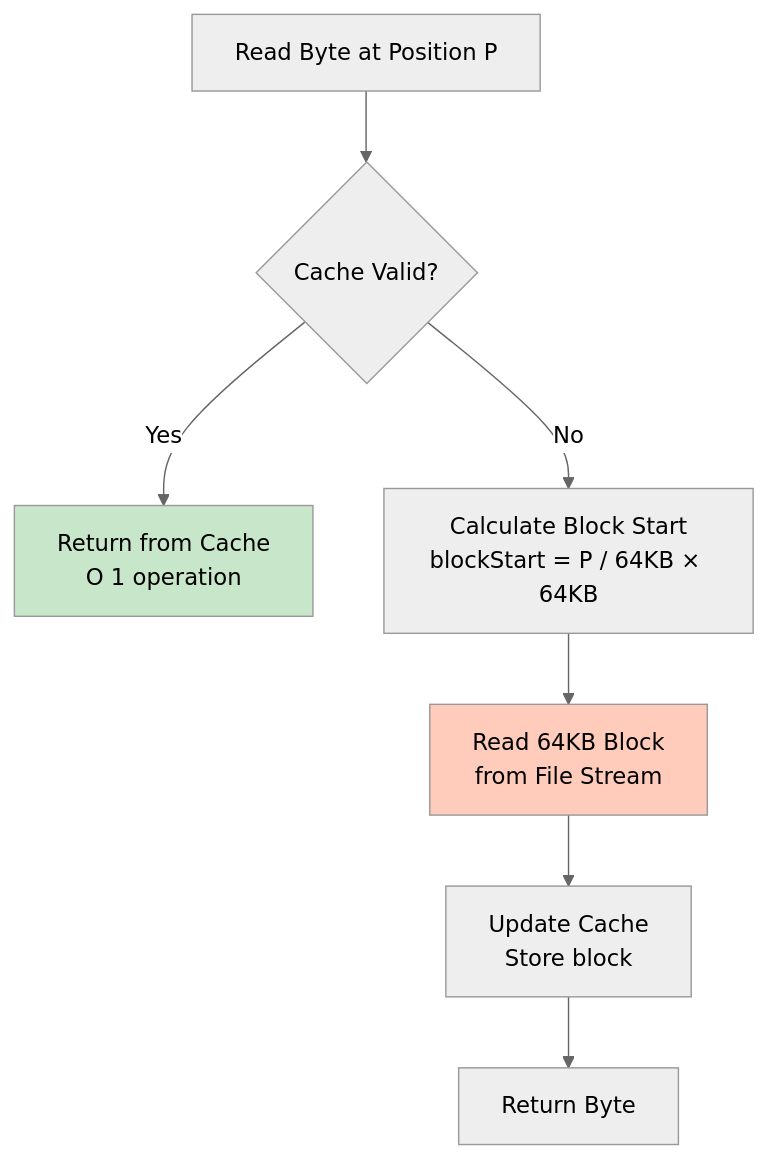
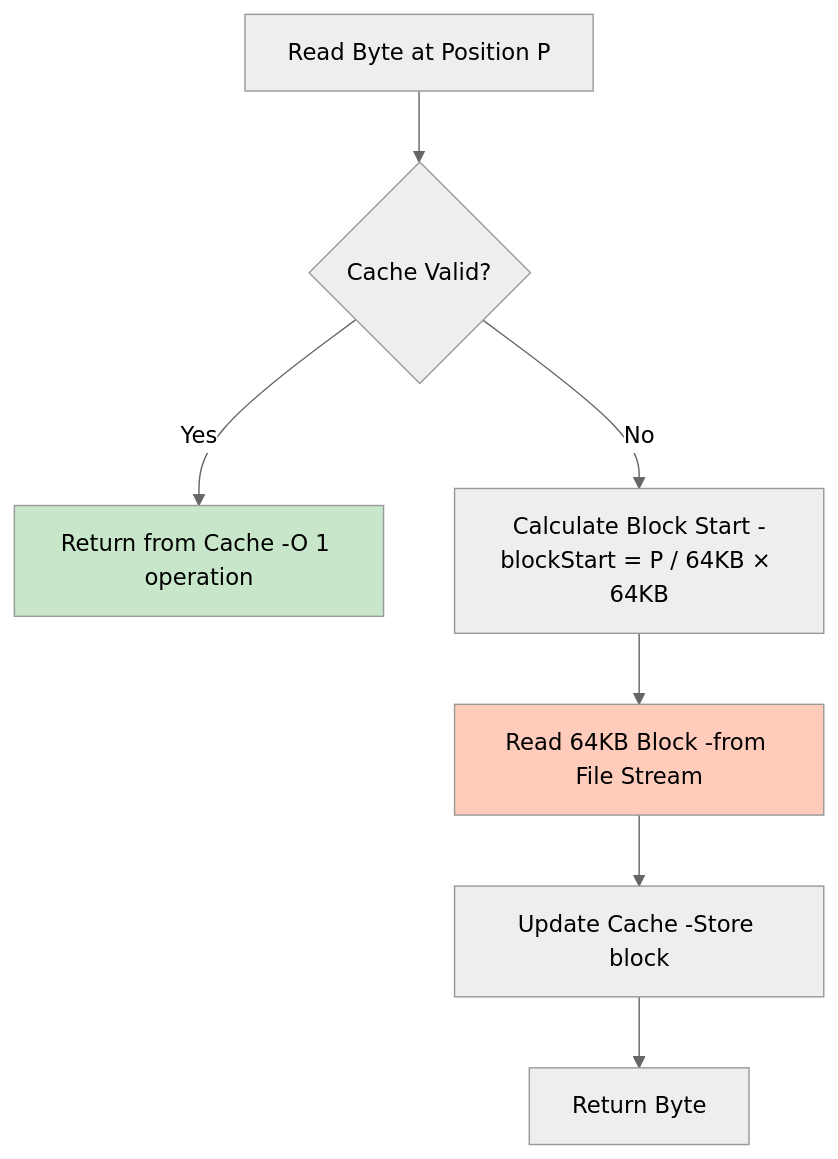
Before and after one commit to myd7349/WpfHexEditorControl: the seventh of 24 diagrams in ARCHITECTURE_V2.md, drawn with Mermaid (neutral theme). The commit also changed other lines of this file, not shown here.

First line of the commit message:
Fix all remaining Mermaid diagram br tags for GitHub compatibility

````diff
--- a/ARCHITECTURE_V2.md
+++ b/ARCHITECTURE_V2.md
@@ -565,23 +565,23 @@
 ```mermaid
 graph TB
     Request[Read Byte at Position P]
 
     CheckCache{Cache Valid?}
 
-    CacheHit[Return from Cache<br/>O 1 operation]
+    CacheHit[Return from Cache -O 1 operation]
 
-    CacheMiss[Calculate Block Start<br/>blockStart = P / 64KB × 64KB]
-    ReadBlock[Read 64KB Block<br/>from File Stream]
-    UpdateCache[Update Cache<br/>Store block]
+    CacheMiss[Calculate Block Start -blockStart = P / 64KB × 64KB]
+    ReadBlock[Read 64KB Block -from File Stream]
+    UpdateCache[Update Cache -Store block]
     ReturnByte[Return Byte]
 
     Request --> CheckCache
     CheckCache -->|Yes| CacheHit
     CheckCache -->|No| CacheMiss
     CacheMiss --> ReadBlock
     ReadBlock --> UpdateCache
     UpdateCache --> ReturnByte
 
     style CacheHit fill:#c8e6c9
     style ReadBlock fill:#ffccbc
 ```
````
